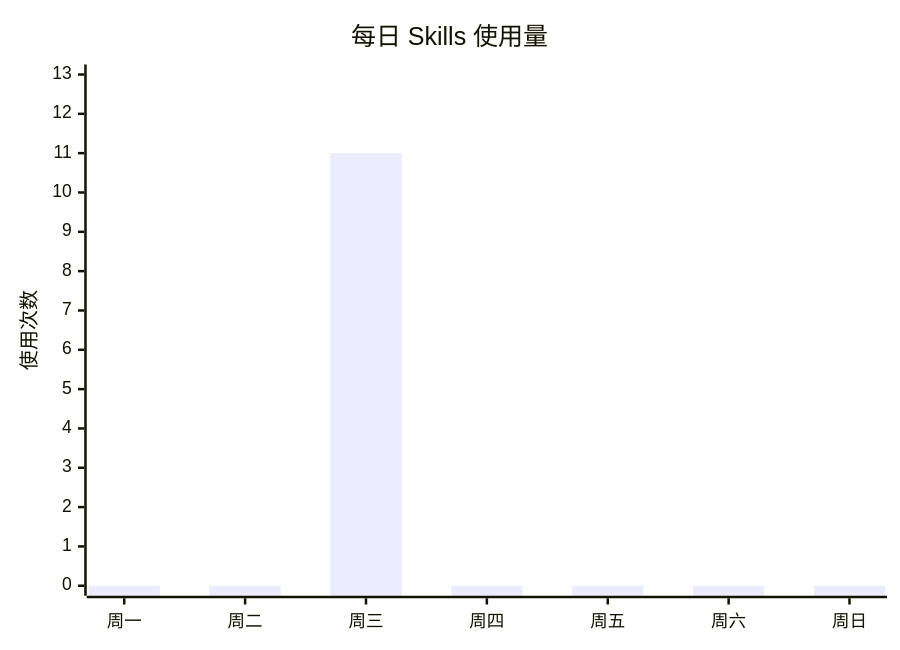
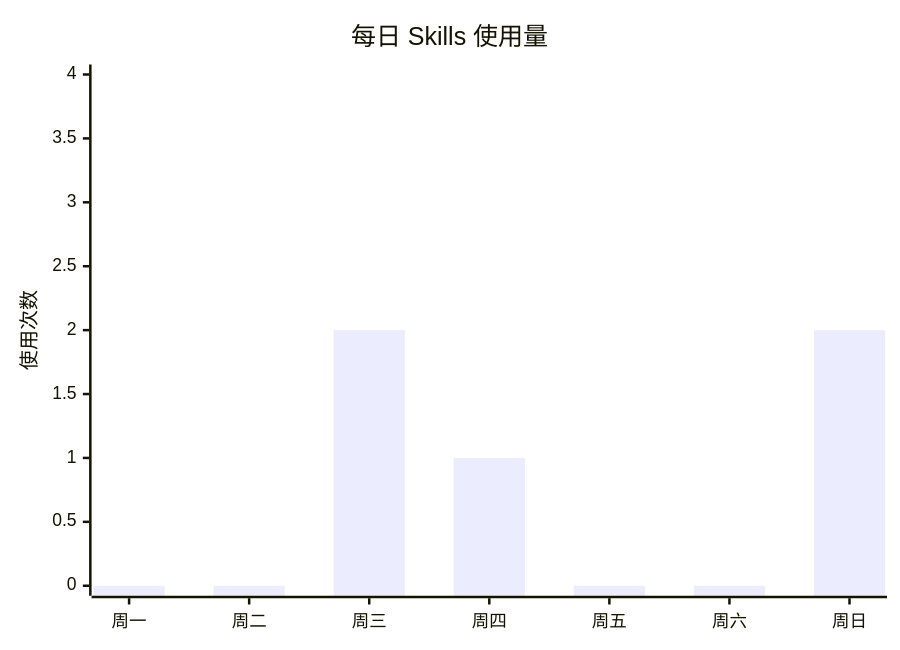
One commit to leoliu20001120/leooo changed the first of 2 diagrams in 10_Work/skills_weekly_reports/Skills周报_W12_2026_0316.md. Above: the diagram before and after it, drawn with Mermaid. The commit also changed other lines of this file and 169 other files, not shown here.

````diff
--- a/10_Work/skills_weekly_reports/Skills周报_W12_2026_0316.md
+++ b/10_Work/skills_weekly_reports/Skills周报_W12_2026_0316.md
@@ -49,7 +46,7 @@
 ```mermaid
 xychart-beta
     title "每日 Skills 使用量"
     x-axis ["周一", "周二", "周三", "周四", "周五", "周六", "周日"]
-    y-axis "使用次数" 0 --> 13
-    bar [0, 0, 11, 0, 0, 0, 0]
+    y-axis "使用次数" 0 --> 4
+    bar [0, 0, 2, 1, 0, 0, 2]
 ```
````
